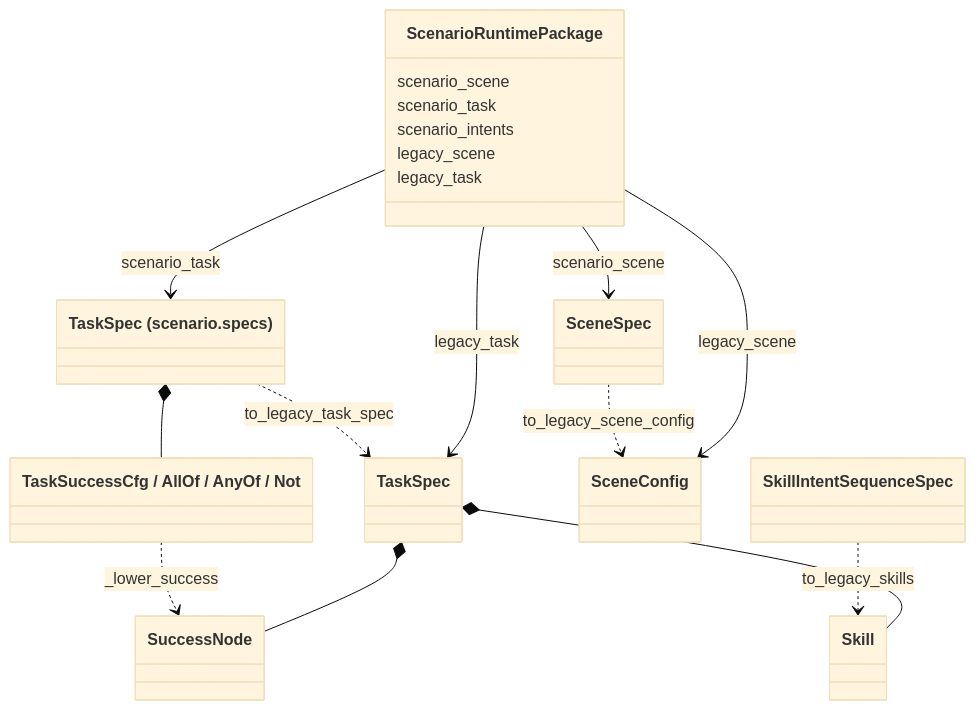
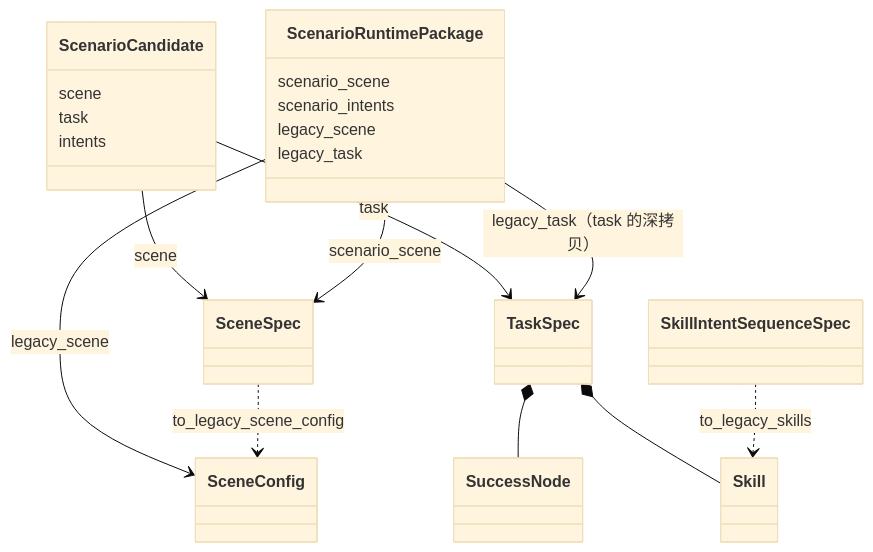
Before and after one commit to ZJLi2013/RoboSmith: the fourth of 6 diagrams in docs/call-chain.md, drawn with Mermaid (base theme). The commit also changed other lines of this file and 16 other files, not shown here.

Commit message:
scenario: one task and success-tree type, built by the loader and copied per materialization

````diff
--- a/docs/call-chain.md
+++ b/docs/call-chain.md
@@ -189,29 +190,29 @@
 ```mermaid
 classDiagram
+    class ScenarioCandidate {
+        scene
+        task
+        intents
+    }
     class ScenarioRuntimePackage {
         scenario_scene
-        scenario_task
         scenario_intents
         legacy_scene
         legacy_task
     }
     class SceneSpec
-    class ScenarioTaskSpec["TaskSpec (scenario.specs)"]
-    class SuccessSpec["TaskSuccessCfg / AllOf / AnyOf / Not"]
     class SkillIntentSequenceSpec
     class SceneConfig
     class TaskSpec
     class SuccessNode
     class Skill
+    ScenarioCandidate --> SceneSpec : scene
+    ScenarioCandidate --> TaskSpec : task
     ScenarioRuntimePackage --> SceneSpec : scenario_scene
-    ScenarioRuntimePackage --> ScenarioTaskSpec : scenario_task
     ScenarioRuntimePackage --> SceneConfig : legacy_scene
-    ScenarioRuntimePackage --> TaskSpec : legacy_task
-    ScenarioTaskSpec *-- SuccessSpec
+    ScenarioRuntimePackage --> TaskSpec : legacy_task（task 的深拷贝）
     TaskSpec *-- SuccessNode
     TaskSpec *-- Skill
     SceneSpec ..> SceneConfig : to_legacy_scene_config
-    ScenarioTaskSpec ..> TaskSpec : to_legacy_task_spec
-    SuccessSpec ..> SuccessNode : _lower_success
     SkillIntentSequenceSpec ..> Skill : to_legacy_skills
 ```
````
